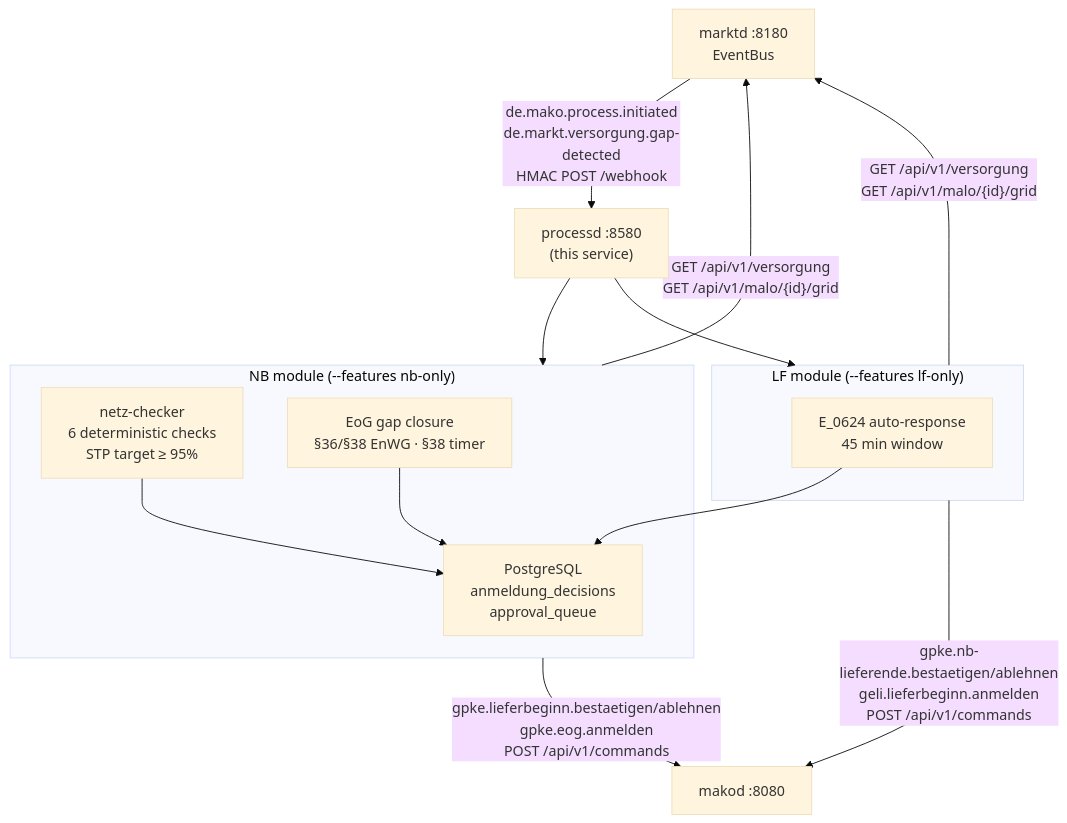
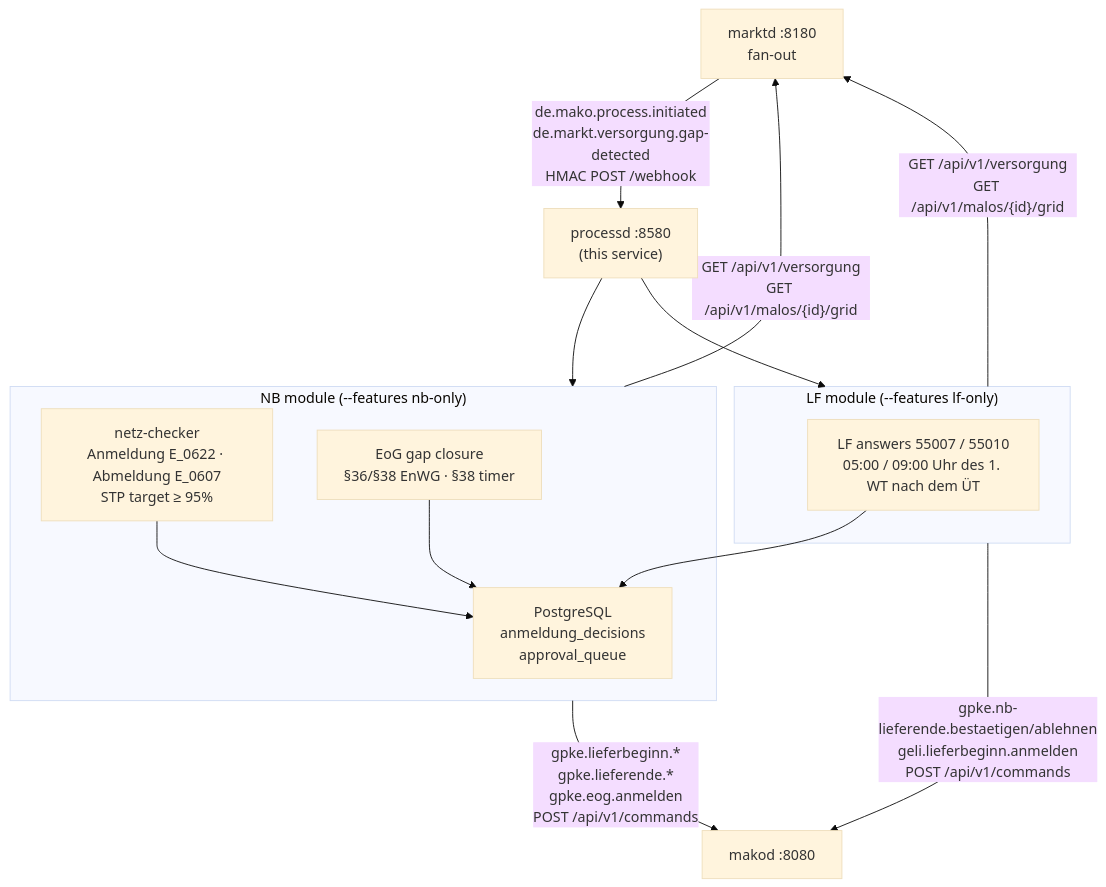
The first of 2 diagrams in site/content/docs/services/processd.md (hupe1980/mako), drawn with Mermaid (base theme) before and after one commit. The commit also changed other lines of this file and 137 other files, not shown here.

````diff
--- a/site/content/docs/services/processd.md
+++ b/site/content/docs/services/processd.md
@@ -13,27 +13,27 @@
 ```mermaid
 graph TB
-    marktd["marktd :8180<br/>EventBus"]
+    marktd["marktd :8180<br/>fan-out"]
     processd["processd :8580<br/>(this service)"]
     makod["makod :8080"]
     pg["PostgreSQL<br/>anmeldung_decisions<br/>approval_queue"]
 
     marktd -->|"de.mako.process.initiated<br/>de.markt.versorgung.gap-detected<br/>HMAC POST /webhook"| processd
 
     subgraph NB ["NB module (--features nb-only)"]
-        NC["netz-checker<br/>6 deterministic checks<br/>STP target ≥ 95%"]
+        NC["netz-checker<br/>Anmeldung E_0622 · Abmeldung E_0607<br/>STP target ≥ 95%"]
         EOG["EoG gap closure<br/>§36/§38 EnWG · §38 timer"]
         NC --> pg
         EOG --> pg
     end
 
     subgraph LF ["LF module (--features lf-only)"]
-        LFA["E_0624 auto-response<br/>45 min window"]
+        LFA["LF answers 55007 / 55010<br/>05:00 / 09:00 Uhr des 1. WT nach dem ÜT"]
         LFA --> pg
     end
 
     processd --> NB
     processd --> LF
-    NB -->|"gpke.lieferbeginn.bestaetigen/ablehnen<br/>gpke.eog.anmelden<br/>POST /api/v1/commands"| makod
+    NB -->|"gpke.lieferbeginn.*<br/>gpke.lieferende.*<br/>gpke.eog.anmelden<br/>POST /api/v1/commands"| makod
     LF -->|"gpke.nb-lieferende.bestaetigen/ablehnen<br/>geli.lieferbeginn.anmelden<br/>POST /api/v1/commands"| makod
-    NB & LF -->|"GET /api/v1/versorgung<br/>GET /api/v1/malo/{id}/grid"| marktd
+    NB & LF -->|"GET /api/v1/versorgung<br/>GET /api/v1/malos/{id}/grid"| marktd
 ```
````
